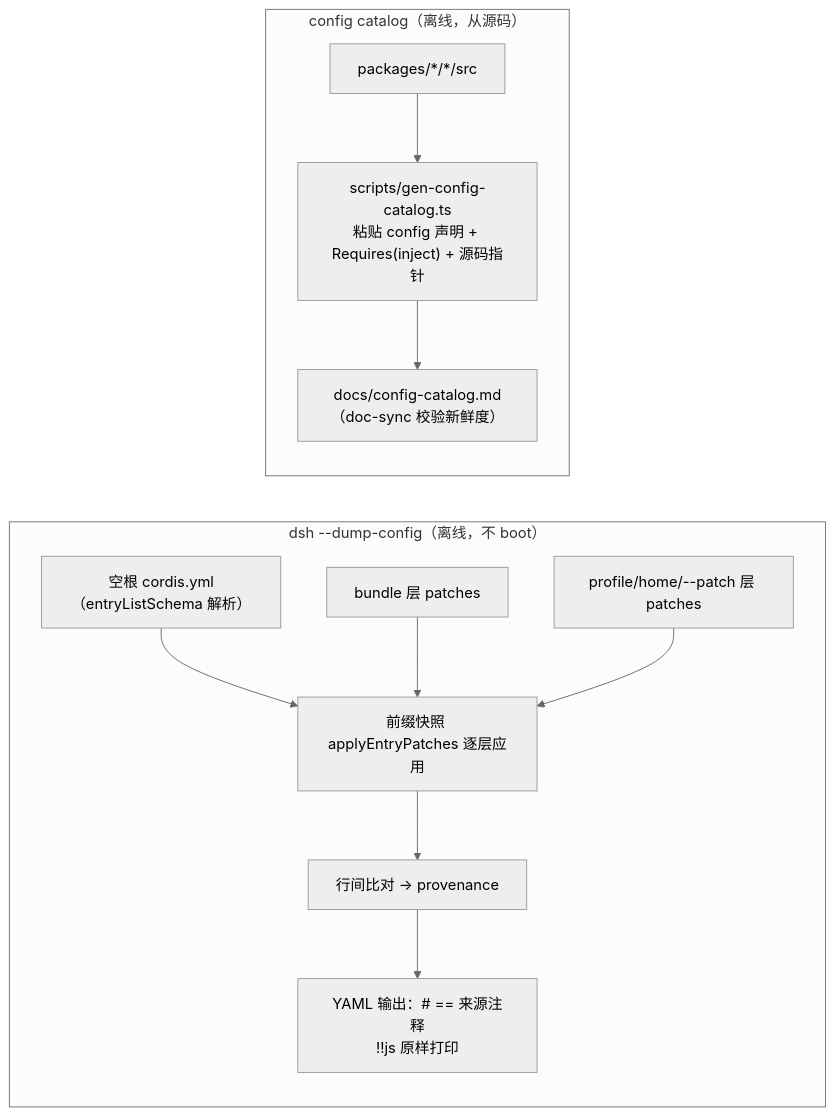
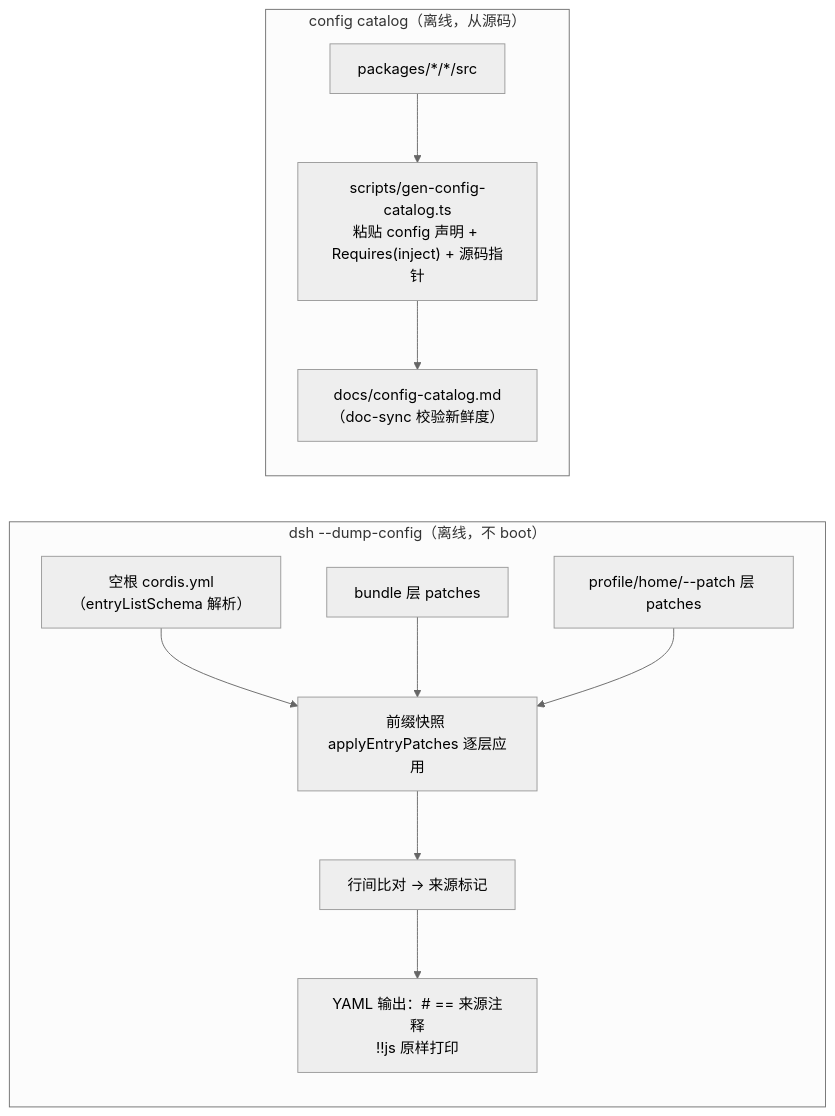
Before and after one commit to yananzhi/deepseek-harness: the fourth of 6 diagrams in 架构分析/01-组合与启动.md, drawn with Mermaid (neutral theme). The commit also changed other lines of this file and 8 other files, not shown here.

````diff
--- a/架构分析/01-组合与启动.md
+++ b/架构分析/01-组合与启动.md
@@ -174,20 +174,20 @@
 ```mermaid
 flowchart LR
     subgraph DUMP["dsh --dump-config（离线，不 boot）"]
         ROOT["空根 cordis.yml（entryListSchema 解析）"]
         B1["bundle 层 patches"]
         B2["profile/home/--patch 层 patches"]
         SNAP["前缀快照 applyEntryPatches 逐层应用"]
-        PROV["行间比对 → provenance"]
+        PROV["行间比对 → 来源标记"]
         OUT["YAML 输出：# == 来源注释<br/>!!js 原样打印"]
         ROOT --> SNAP --> PROV --> OUT
         B1 --> SNAP
         B2 --> SNAP
     end
     subgraph CAT["config catalog（离线，从源码）"]
         SRC["packages/*/*/src"]
         GEN["scripts/gen-config-catalog.ts<br/>粘贴 config 声明 + Requires(inject) + 源码指针"]
         CATMD["docs/config-catalog.md（doc-sync 校验新鲜度）"]
         SRC --> GEN --> CATMD
     end
 ```
````
